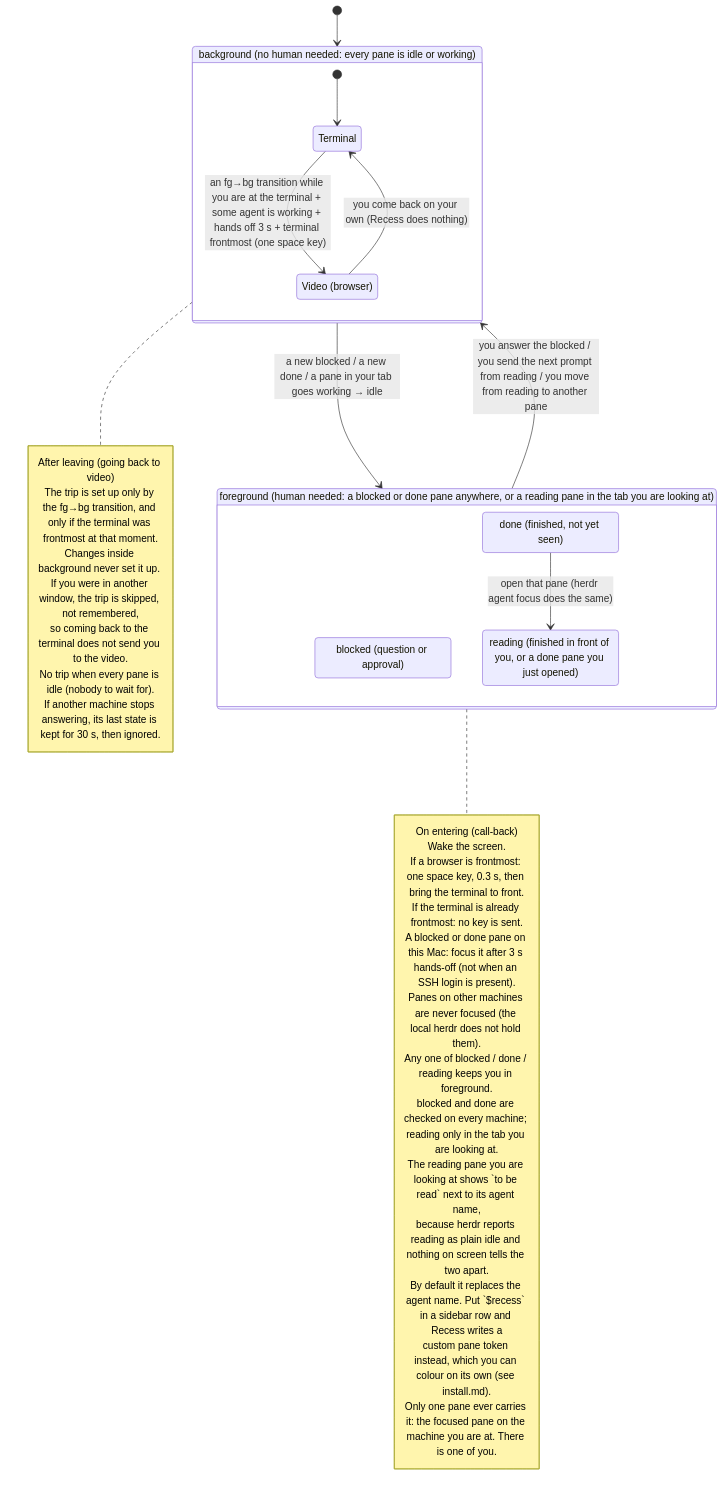
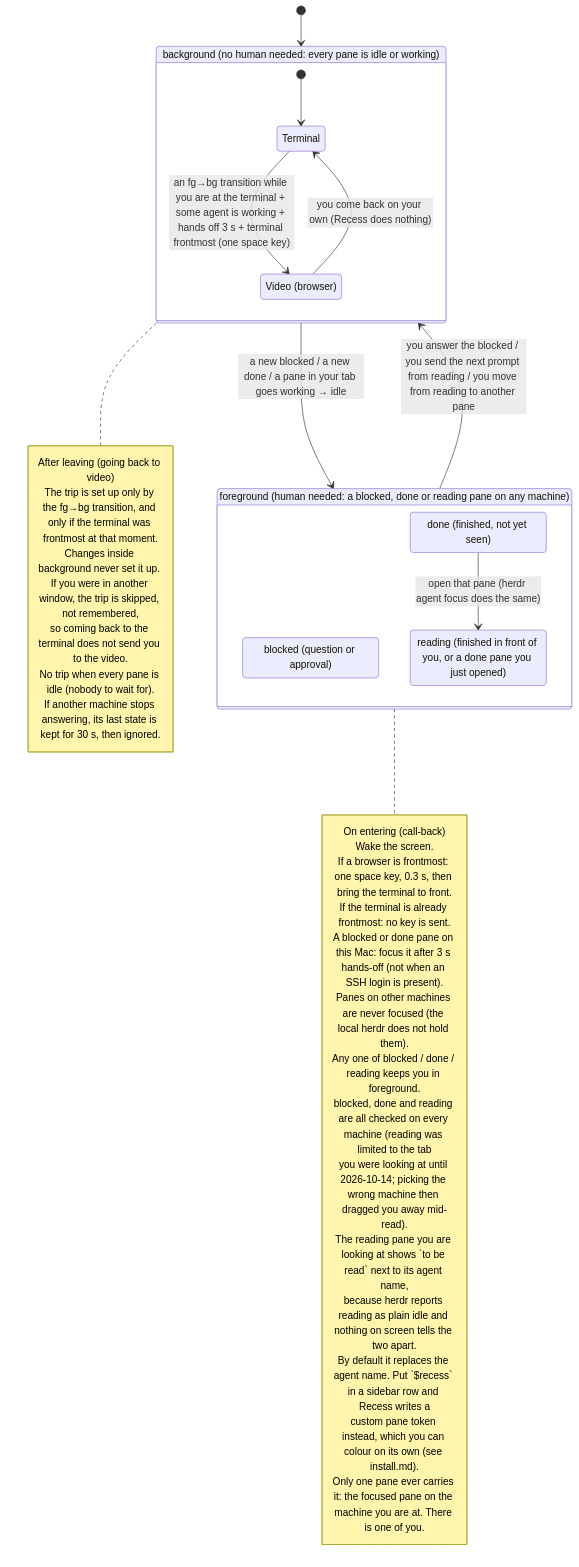
Before and after one commit to tatsuro-ueda/recess: the first of 2 diagrams in docs/spec.md, drawn with Mermaid. The commit also changed other lines of this file and 1 other file, not shown here.

Commit message:
fix: 2026年10月14日 読み中を端末をまたいで効かせたい（foregroundの判定を全マシンへ）
Mac のペインで文章を読んでいる最中に、連れ出しの予告が4回出て4回目は実際に
Comet へ移された。ログを見ると Mac は正しく reading に入っていたのに、
見ている端末が bd 側と判定され、見ているタブに reading が無いので
background とみなされていた。

blocked と done は全マシンを見るのに reading だけ「見ているタブだけ」という
非対称が原因。ユーザー判断でこの非対称を廃止する。

- reading の終了判定を active 端末限定から端末ごとのループへ
  （これが無いと、見ていない端末の reading が残り永久に休憩へ行けない）
- view_reading を any_reading へ。fg_now と want_off の両方を全マシン基準に
- 画面の印は1つのまま（sync_reading_labels は手つかず）
- spec.md の状態図と note を英語・日本語とも更新

検証: 旧コードと新コードへ同じハーネスを通し、旧は PLAY が発動、新は発動しない
ことを確認。反映後の実環境でも、active が bd のとき bd の reading が立ち、
Mac へ移った次の行で消えることを確認した。

````diff
--- a/docs/spec.md
+++ b/docs/spec.md
@@ -11,48 +11,49 @@
 ```mermaid
 stateDiagram-v2
     direction TB
 
     state "background (no human needed: every pane is idle or working)" as bg {
         state "Terminal" as term
         state "Video (browser)" as nf
         [*] --> term
         term --> nf : an fg→bg transition while you are at the terminal + some agent is working + hands off 3 s + terminal frontmost (one space key)
         nf --> term : you come back on your own (Recess does nothing)
     }
 
-    state "foreground (human needed: a blocked or done pane anywhere, or a reading pane in the tab you are looking at)" as fg {
+    state "foreground (human needed: a blocked, done or reading pane on any machine)" as fg {
         state "blocked (question or approval)" as blocked
         state "done (finished, not yet seen)" as done
         state "reading (finished in front of you, or a done pane you just opened)" as reading
         done --> reading : open that pane (herdr agent focus does the same)
     }
 
     [*] --> bg
     bg --> fg : a new blocked / a new done / a pane in your tab goes working → idle
     fg --> bg : you answer the blocked / you send the next prompt from reading / you move from reading to another pane
 
     note right of fg
         On entering (call-back)
         Wake the screen.
         If a browser is frontmost: one space key, 0.3 s, then bring the terminal to front.
         If the terminal is already frontmost: no key is sent.
         A blocked or done pane on this Mac: focus it after 3 s hands-off (not when an SSH login is present).
         Panes on other machines are never focused (the local herdr does not hold them).
         Any one of blocked / done / reading keeps you in foreground.
-        blocked and done are checked on every machine; reading only in the tab you are looking at.
+        blocked, done and reading are all checked on every machine (reading was limited to the tab
+        you were looking at until 2026-10-14; picking the wrong machine then dragged you away mid-read).
         The reading pane you are looking at shows `to be read` next to its agent name,
         because herdr reports reading as plain idle and nothing on screen tells the two apart.
         By default it replaces the agent name. Put `$recess` in a sidebar row and Recess writes a
         custom pane token instead, which you can colour on its own (see install.md).
         Only one pane ever carries it: the focused pane on the machine you are at. There is one of you.
     end note
 
     note right of bg
         After leaving (going back to video)
         The trip is set up only by the fg→bg transition, and only if the terminal was frontmost at that moment.
         Changes inside background never set it up. If you were in another window, the trip is skipped, not remembered,
         so coming back to the terminal does not send you to the video.
         No trip when every pane is idle (nobody to wait for).
         If another machine stops answering, its last state is kept for 30 s, then ignored.
     end note
 ```
````
